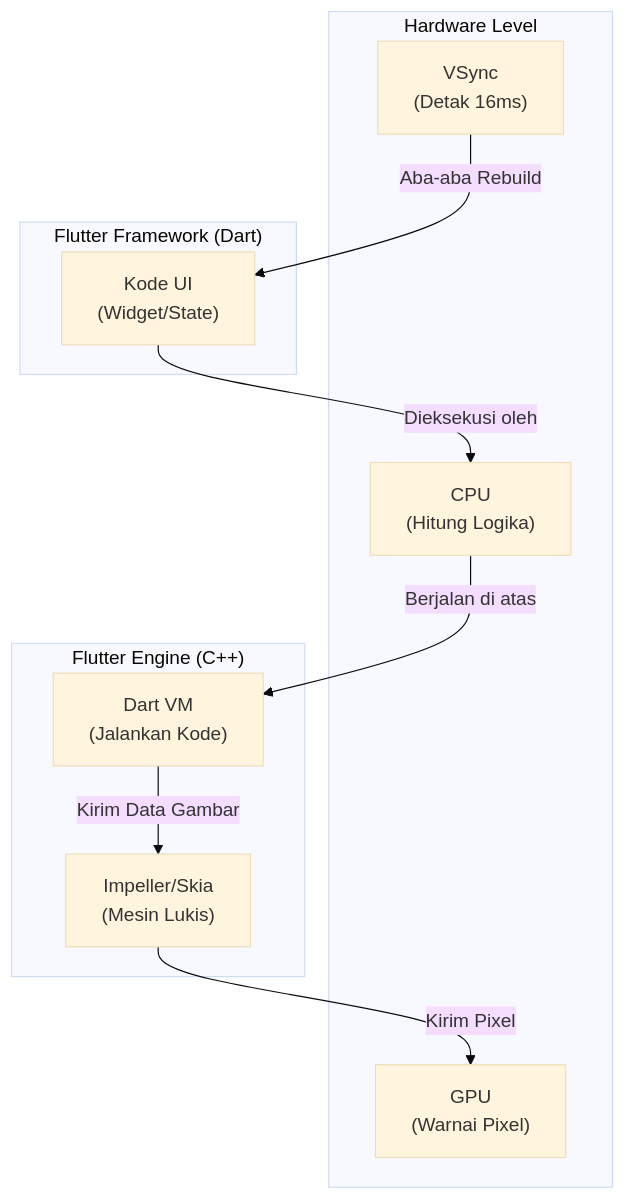
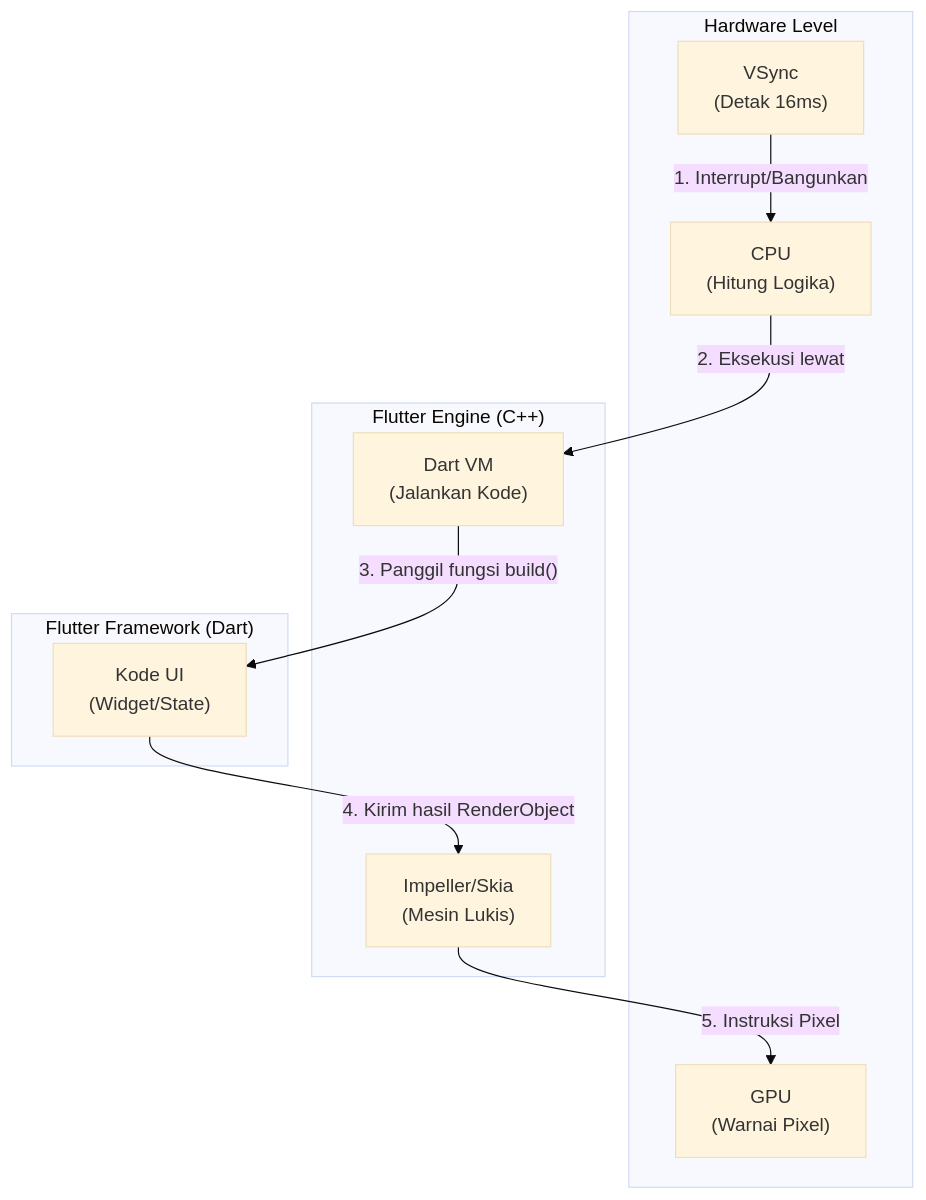
The diagram in belajar/flutter_ui_architecture.md (nunutech40/SuperViews), drawn with Mermaid (base theme) before and after one commit.

Commit message:
docs: fix physical interaction flow in architecture mermaid diagram

````diff
--- a/belajar/flutter_ui_architecture.md
+++ b/belajar/flutter_ui_architecture.md
@@ -28,27 +28,27 @@
 ```mermaid
 graph TD
     %% Hardware Level
     subgraph Hardware ["Hardware Level"]
         VSync["VSync<br>(Detak 16ms)"]
         CPU["CPU<br>(Hitung Logika)"]
         GPU["GPU<br>(Warnai Pixel)"]
     end
 
     %% Flutter Engine Level
     subgraph Engine ["Flutter Engine (C++)"]
         DartVM["Dart VM<br>(Jalankan Kode)"]
         Impeller["Impeller/Skia<br>(Mesin Lukis)"]
     end
 
     %% Framework Level
     subgraph Framework ["Flutter Framework (Dart)"]
         UI["Kode UI<br>(Widget/State)"]
     end
 
     %% Interaksi
-    VSync -- "Aba-aba Rebuild" --> UI
-    UI -- "Dieksekusi oleh" --> CPU
-    CPU -- "Berjalan di atas" --> DartVM
-    DartVM -- "Kirim Data Gambar" --> Impeller
-    Impeller -- "Kirim Pixel" --> GPU
+    VSync -- "1. Interrupt/Bangunkan" --> CPU
+    CPU -- "2. Eksekusi lewat" --> DartVM
+    DartVM -- "3. Panggil fungsi build()" --> UI
+    UI -- "4. Kirim hasil RenderObject" --> Impeller
+    Impeller -- "5. Instruksi Pixel" --> GPU
 ```
````
